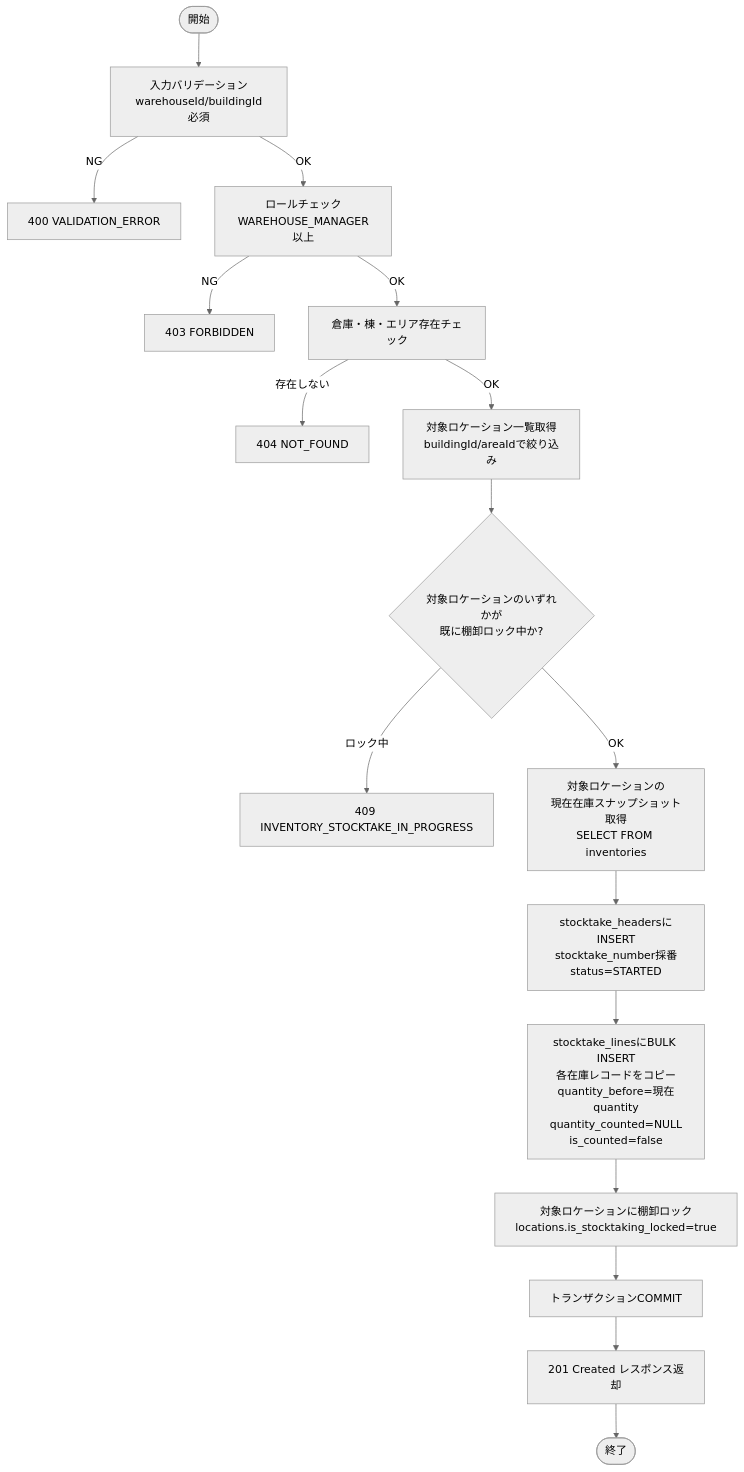
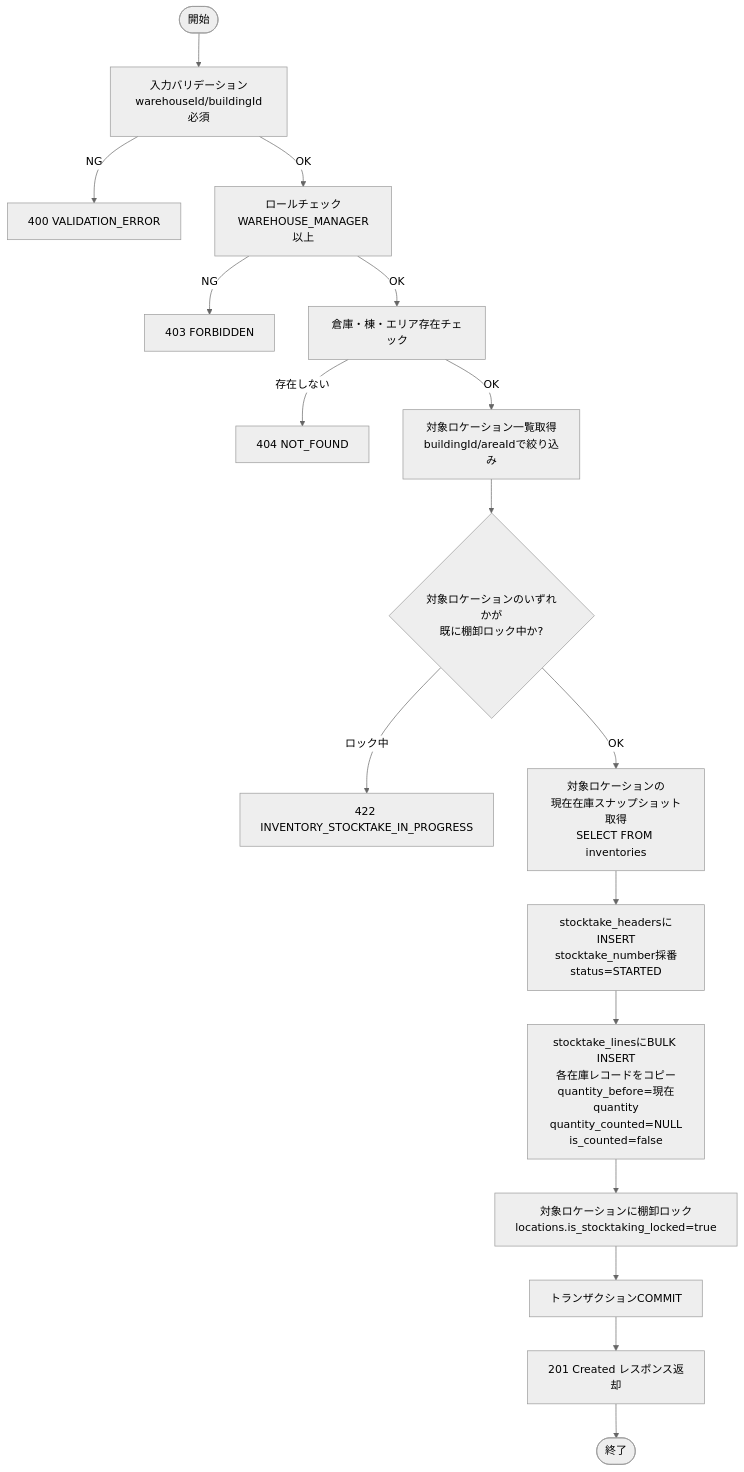
Before and after one commit to hidefumiagata/wms: the sixth of 10 diagrams in docs/functional-design/API-07-inventory.md, drawn with Mermaid (neutral theme). The commit also changed other lines of this file and 3 other files, not shown here.

First line of the commit message:
docs: #420 棚卸ロックエラーのHTTPステータスを409→422に修正 / Fix INVENTORY_STOCKTAKE_IN_PROGRESS status 409→422

````diff
--- a/docs/functional-design/API-07-inventory.md
+++ b/docs/functional-design/API-07-inventory.md
@@ -940,19 +940,19 @@
 ```mermaid
 flowchart TD
     START([開始]) --> VALIDATE[入力バリデーション\nwarehouseId/buildingId必須]
     VALIDATE -->|NG| ERR_VAL[400 VALIDATION_ERROR]
     VALIDATE -->|OK| CHECK_ROLE[ロールチェック\nWAREHOUSE_MANAGER以上]
     CHECK_ROLE -->|NG| ERR_ROLE[403 FORBIDDEN]
     CHECK_ROLE -->|OK| CHECK_MASTER[倉庫・棟・エリア存在チェック]
     CHECK_MASTER -->|存在しない| ERR_MASTER[404 NOT_FOUND]
     CHECK_MASTER -->|OK| GET_LOCS[対象ロケーション一覧取得\nbuildingId/areaIdで絞り込み]
     GET_LOCS --> CHECK_LOCK{対象ロケーションのいずれかが\n既に棚卸ロック中か?}
-    CHECK_LOCK -->|ロック中| ERR_LOCK[409 INVENTORY_STOCKTAKE_IN_PROGRESS]
+    CHECK_LOCK -->|ロック中| ERR_LOCK[422 INVENTORY_STOCKTAKE_IN_PROGRESS]
     CHECK_LOCK -->|OK| SNAP[対象ロケーションの\n現在在庫スナップショット取得\nSELECT FROM inventories]
     SNAP --> CREATE_HEADER[stocktake_headersにINSERT\nstocktake_number採番\nstatus=STARTED]
     CREATE_HEADER --> CREATE_LINES[stocktake_linesにBULK INSERT\n各在庫レコードをコピー\nquantity_before=現在quantity\nquantity_counted=NULL\nis_counted=false]
     CREATE_LINES --> LOCK_LOCS[対象ロケーションに棚卸ロック\nlocations.is_stocktaking_locked=true]
     LOCK_LOCS --> COMMIT[トランザクションCOMMIT]
     COMMIT --> RESP[201 Created レスポンス返却]
     RESP --> END([終了])
 ```
````
